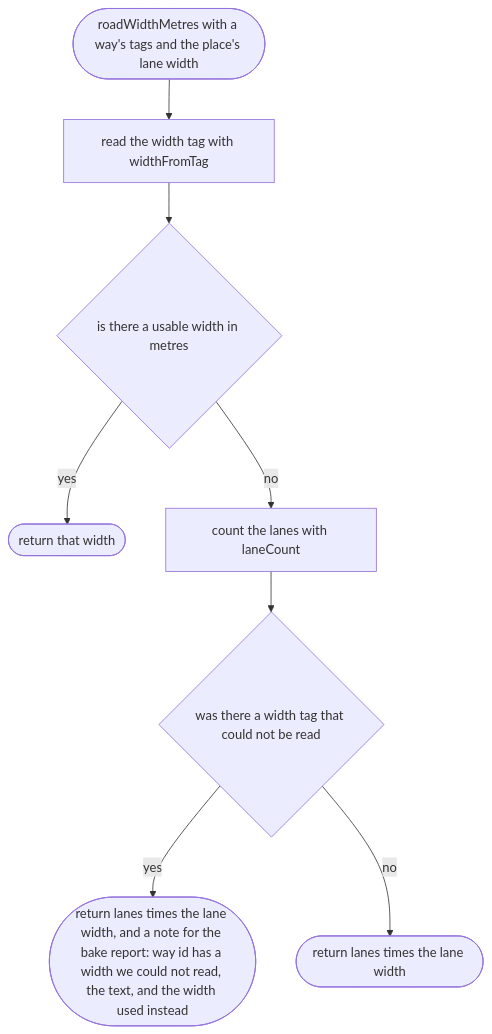
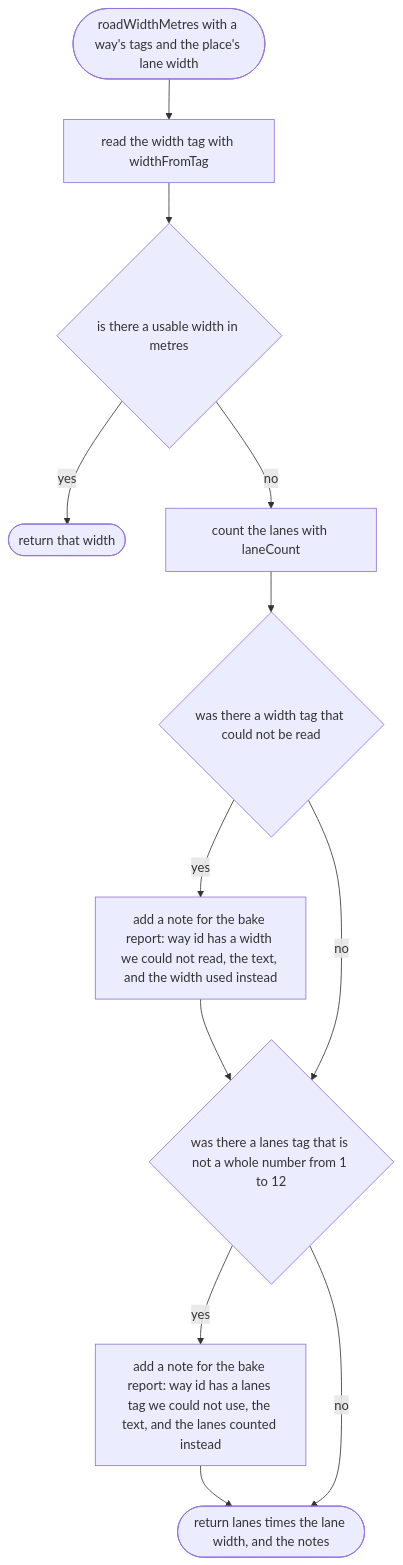
One commit to NewDara-Star/world-engine changed the second of 5 diagrams in docs/designs/tools/bake/roads.md. Above: the diagram before and after it, drawn with Mermaid. The commit also changed other lines of this file and 41 other files, not shown here.

````diff
--- a/docs/designs/tools/bake/roads.md
+++ b/docs/designs/tools/bake/roads.md
@@ -47,16 +49,20 @@
 ```mermaid
 flowchart TD
   s(["roadWidthMetres with a way's tags and the place's lane width"])
   a["read the width tag with widthFromTag"]
   b{"is there a usable width in metres"}
   c(["return that width"])
   d["count the lanes with laneCount"]
   e{"was there a width tag that could not be read"}
-  f(["return lanes times the lane width, and a note for the bake report: way id has a width we could not read, the text, and the width used instead"])
-  g(["return lanes times the lane width"])
+  f["add a note for the bake report: way id has a width we could not read, the text, and the width used instead"]
+  l{"was there a lanes tag that is not a whole number from 1 to 12"}
+  m["add a note for the bake report: way id has a lanes tag we could not use, the text, and the lanes counted instead"]
+  g(["return lanes times the lane width, and the notes"])
   s --> a --> b
   b -->|"yes"| c
   b -->|"no"| d --> e
-  e -->|"yes"| f
-  e -->|"no"| g
+  e -->|"yes"| f --> l
+  e -->|"no"| l
+  l -->|"yes"| m --> g
+  l -->|"no"| g
 ```
````
